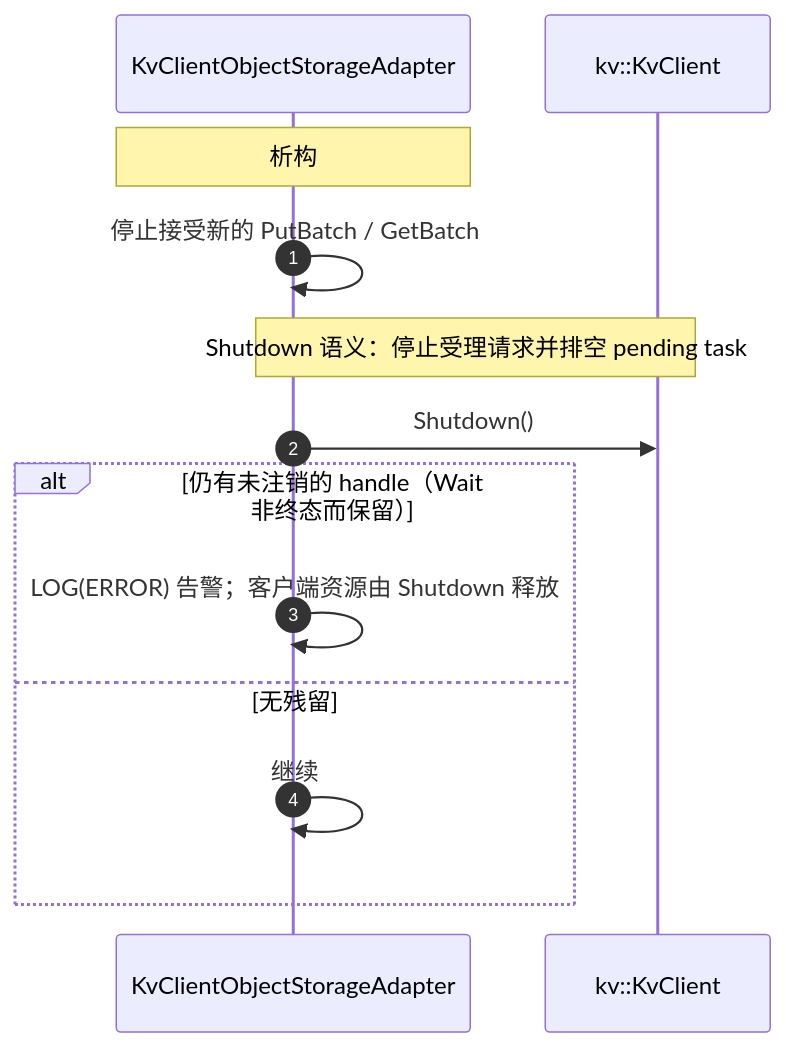
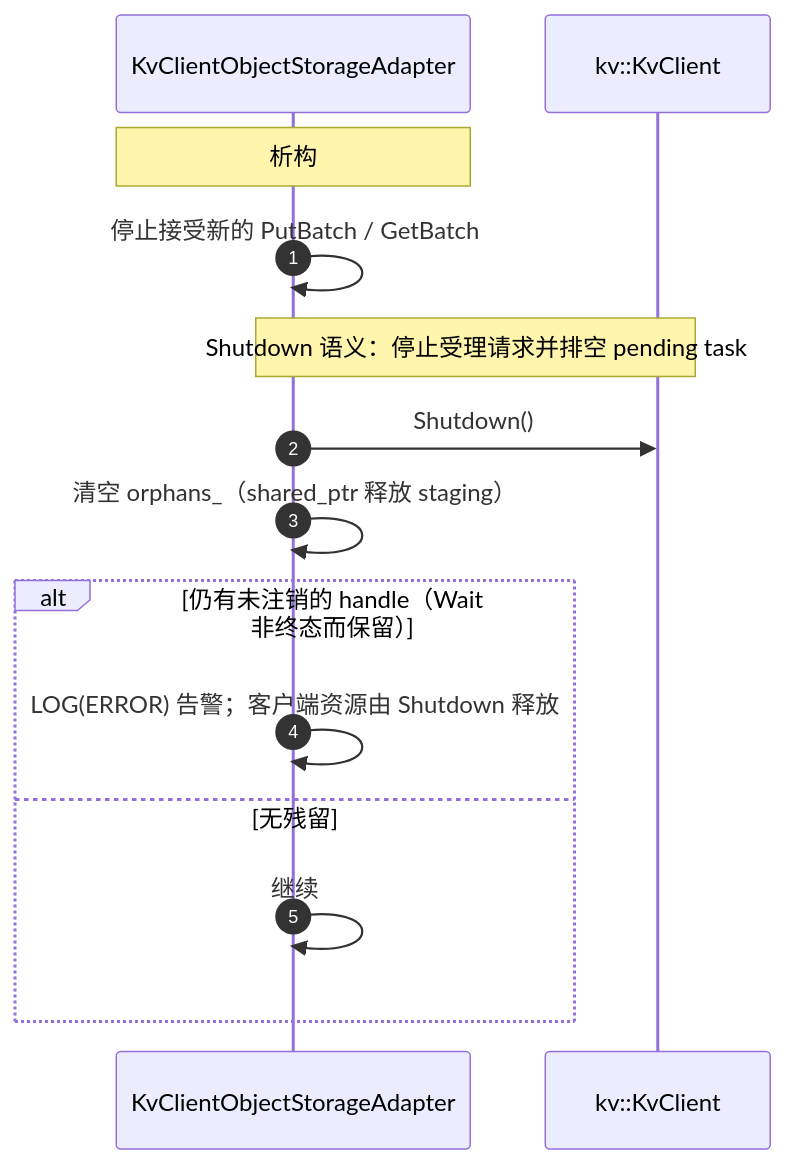
Diagram 13 of 13 in Mooncake + KVClient L3 接入（Kvcs）- v3.md (zwj20000328-dotcom/Mooncake-documents), drawn with Mermaid before and after one commit. The commit also changed other lines of this file, not shown here.

Commit message:
docs: fix staging-path, diagram and build inconsistencies found by the final audit

````diff
--- a/Mooncake + KVClient L3 接入（Kvcs）- v3.md
+++ b/Mooncake + KVClient L3 接入（Kvcs）- v3.md
@@ -764,16 +772,17 @@
 ```mermaid
 sequenceDiagram
     autonumber
     participant AD as KvClientObjectStorageAdapter
     participant SDK as kv::KvClient
 
     Note over AD: 析构
     AD->>AD: 停止接受新的 PutBatch / GetBatch
     Note over AD,SDK: Shutdown 语义：停止受理请求并排空 pending task
     AD->>SDK: Shutdown()
+    AD->>AD: 清空 orphans_（shared_ptr 释放 staging）
     alt 仍有未注销的 handle（Wait 非终态而保留）
         AD->>AD: LOG(ERROR) 告警；客户端资源由 Shutdown 释放
     else 无残留
         AD->>AD: 继续
     end
 ```
````
